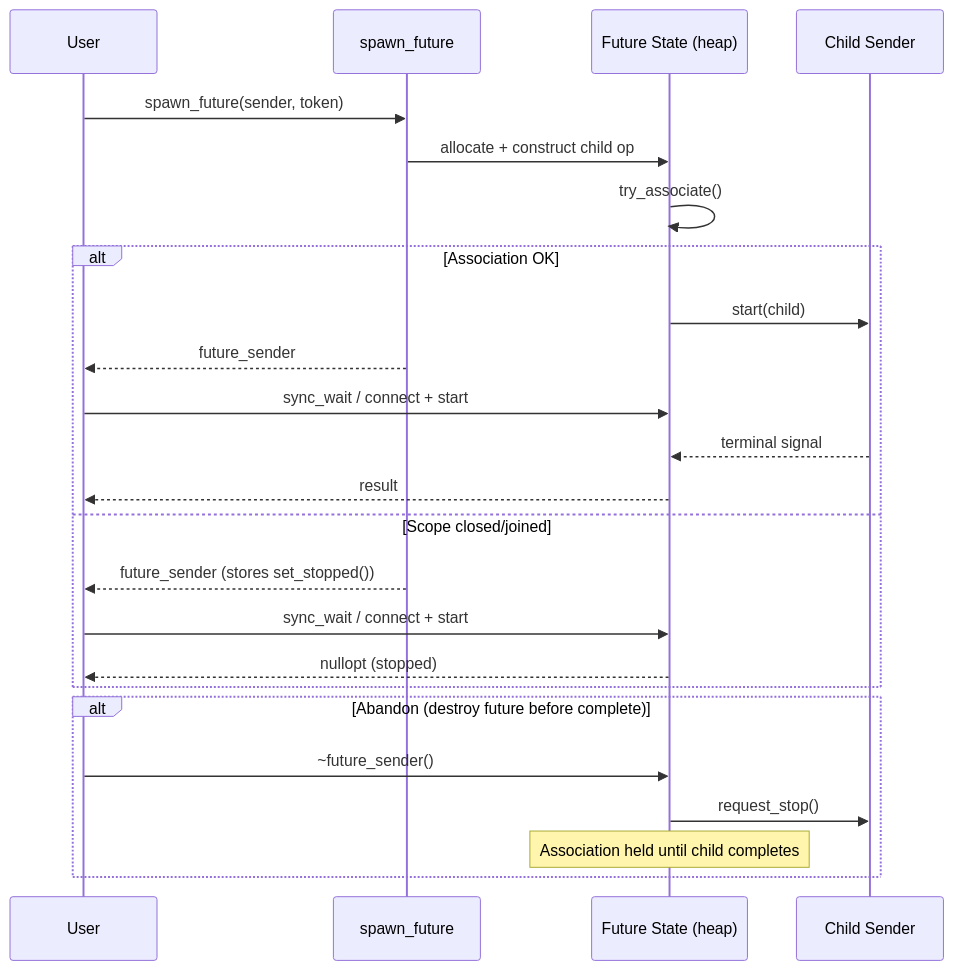
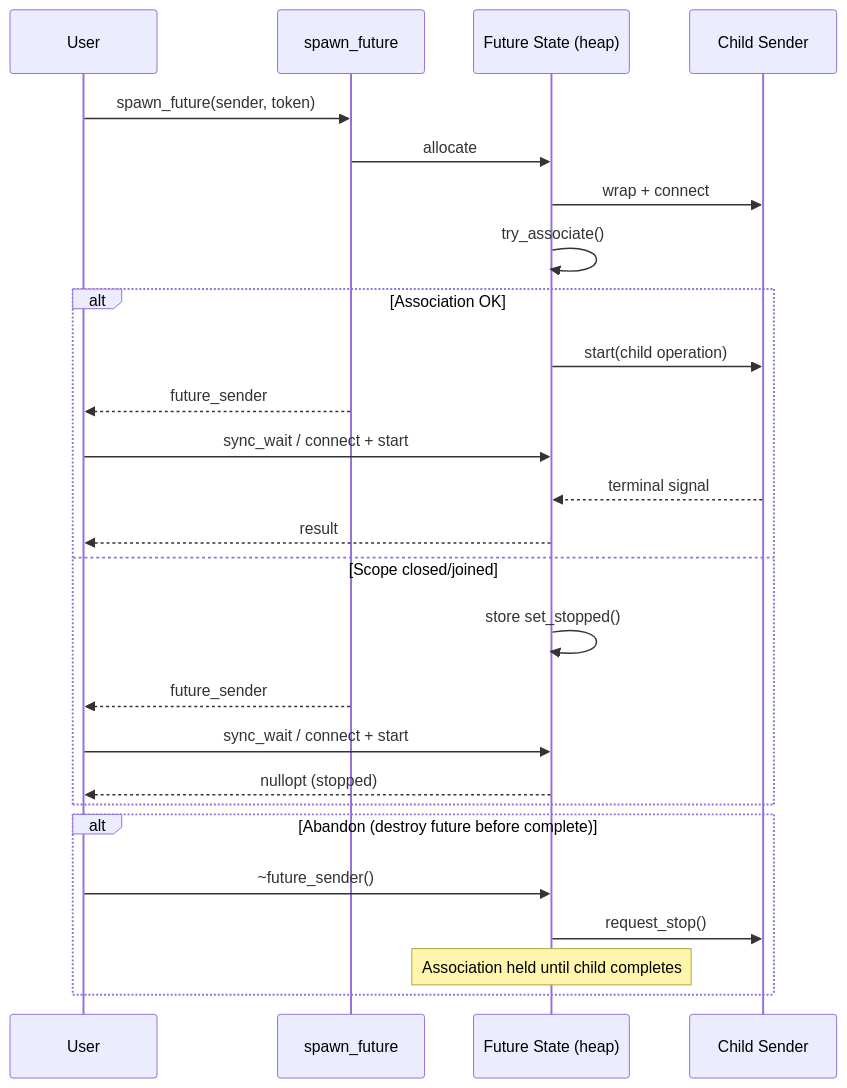
Before and after one commit to haomingbai/bexec: the third of 3 diagrams in docs/usage/counting-scopes.md, drawn with Mermaid. The commit also changed other lines of this file and 12 other files, not shown here.

````diff
--- a/docs/usage/counting-scopes.md
+++ b/docs/usage/counting-scopes.md
@@ -73,29 +99,31 @@
 ```mermaid
 sequenceDiagram
     participant U as User
     participant SF as spawn_future
     participant ST as Future State (heap)
     participant CH as Child Sender
 
     U->>SF: spawn_future(sender, token)
-    SF->>ST: allocate + construct child op
+    SF->>ST: allocate
+    ST->>CH: wrap + connect
     ST->>ST: try_associate()
 
     alt Association OK
-        ST->>CH: start(child)
+        ST->>CH: start(child operation)
         SF-->>U: future_sender
         U->>ST: sync_wait / connect + start
         CH-->>ST: terminal signal
         ST-->>U: result
     else Scope closed/joined
-        SF-->>U: future_sender (stores set_stopped())
+        ST->>ST: store set_stopped()
+        SF-->>U: future_sender
         U->>ST: sync_wait / connect + start
         ST-->>U: nullopt (stopped)
     end
 
     alt Abandon (destroy future before complete)
         U->>ST: ~future_sender()
         ST->>CH: request_stop()
         Note over ST: Association held until child completes
     end
 ```
````
